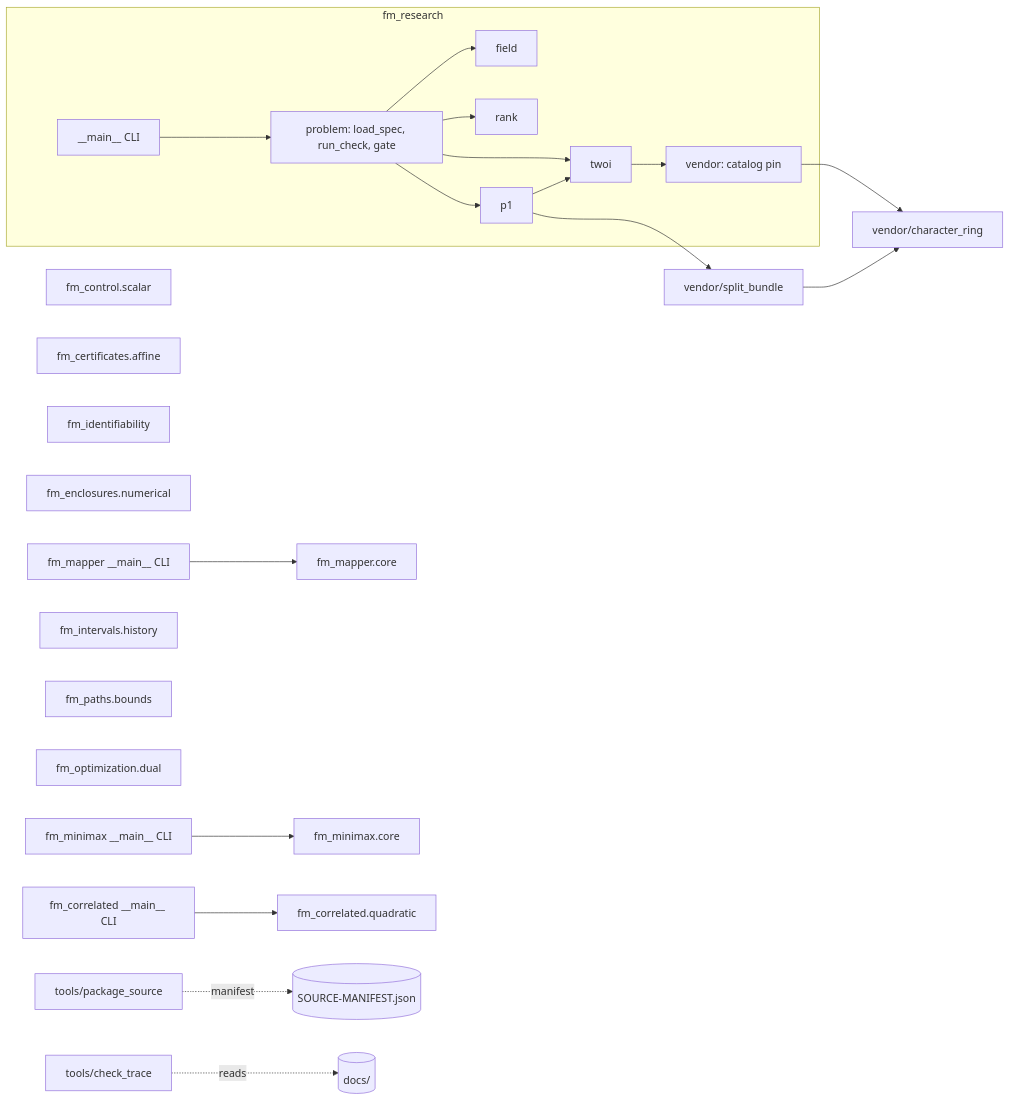
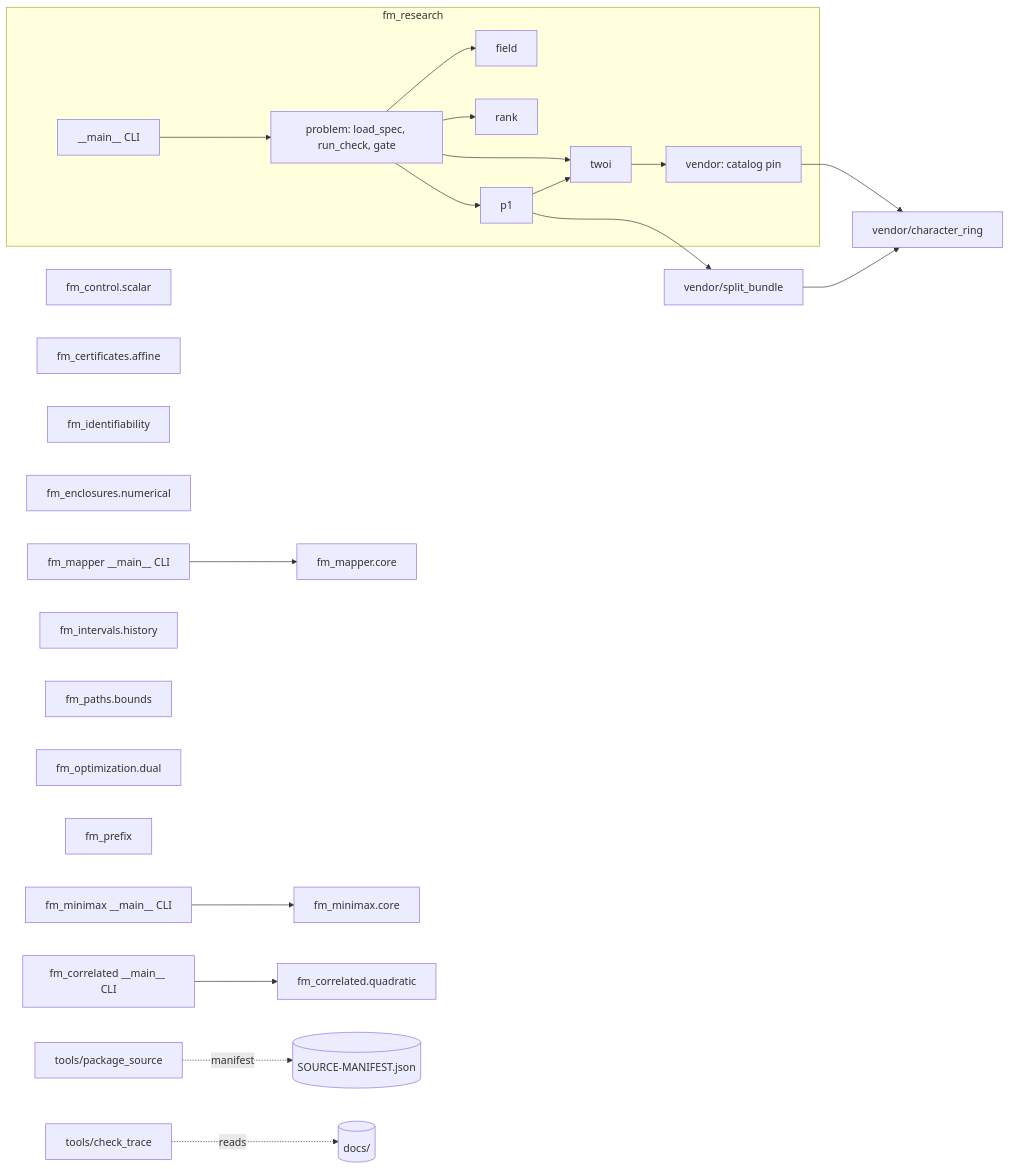
The first of 3 diagrams in docs/architecture/architecture.md (Akilleez-QA/foundation-math), drawn with Mermaid before and after one commit. The commit also changed other lines of this file and 15 other files, not shown here.

````diff
--- a/docs/architecture/architecture.md
+++ b/docs/architecture/architecture.md
@@ -41,24 +41,25 @@
 ```mermaid
 flowchart LR
   subgraph research[fm_research]
     main[__main__ CLI] --> problem[problem: load_spec, run_check, gate]
     problem --> field[field] & rank[rank] & twoi[twoi] & p1[p1]
     twoi --> vendor[vendor: catalog pin]
     p1 --> twoi
   end
   vendor --> cr[vendor/character_ring]
   p1 --> sb[vendor/split_bundle]
   sb --> cr
   mmain[fm_mapper __main__ CLI] --> core[fm_mapper.core]
   control[fm_control.scalar]
   cert[fm_certificates.affine]
   ident[fm_identifiability]
   encl[fm_enclosures.numerical]
   minmain[fm_minimax __main__ CLI] --> minimax[fm_minimax.core]
   cmain[fm_correlated __main__ CLI] --> corr[fm_correlated.quadratic]
   intervals[fm_intervals.history]
   paths[fm_paths.bounds]
   opt[fm_optimization.dual]
+  prefix[fm_prefix]
   pkg[tools/package_source] -.manifest.-> manifest[(SOURCE-MANIFEST.json)]
   trace[tools/check_trace] -.reads.-> docs[(docs/)]
 ```
````
